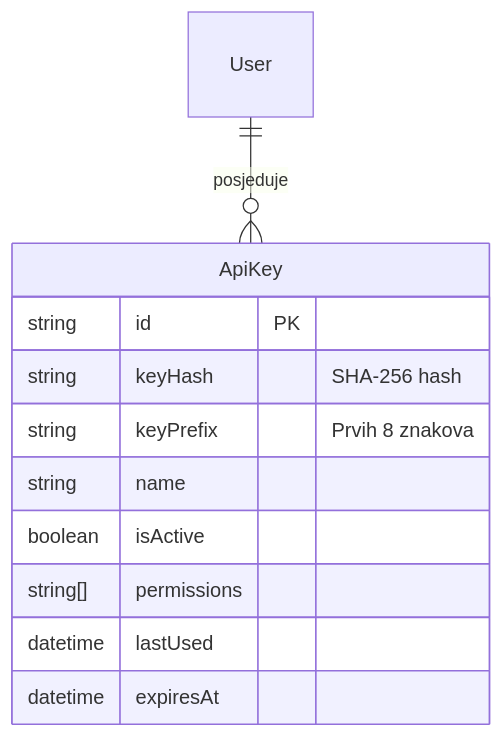
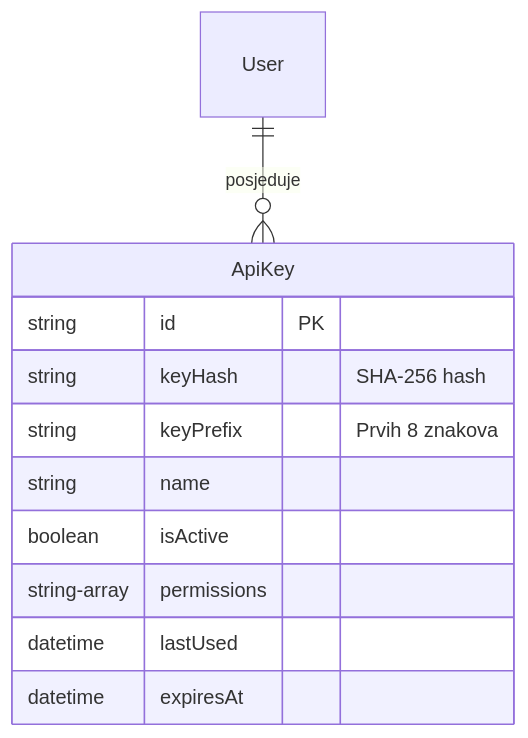
Before and after one commit to Cloudzz-dev/razvoj-softvera: the tenth of 15 diagrams in README.md, drawn with Mermaid. The commit also changed other lines of this file and 3 other files, not shown here.

````diff
--- a/README.md
+++ b/README.md
@@ -528,15 +528,15 @@
 ```mermaid
 erDiagram
     User ||--o{ ApiKey : "posjeduje"
     
     ApiKey {
         string id PK
         string keyHash "SHA-256 hash"
         string keyPrefix "Prvih 8 znakova"
         string name
         boolean isActive
-        string[] permissions
+        string-array permissions
         datetime lastUsed
         datetime expiresAt
     }
 ```
````
